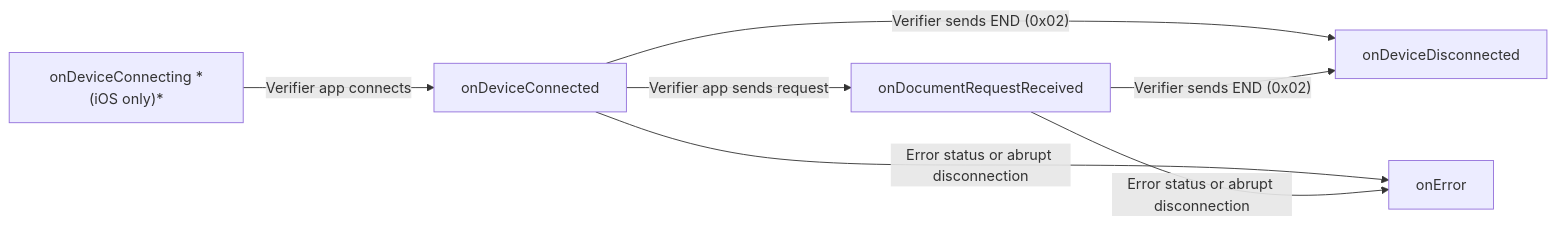
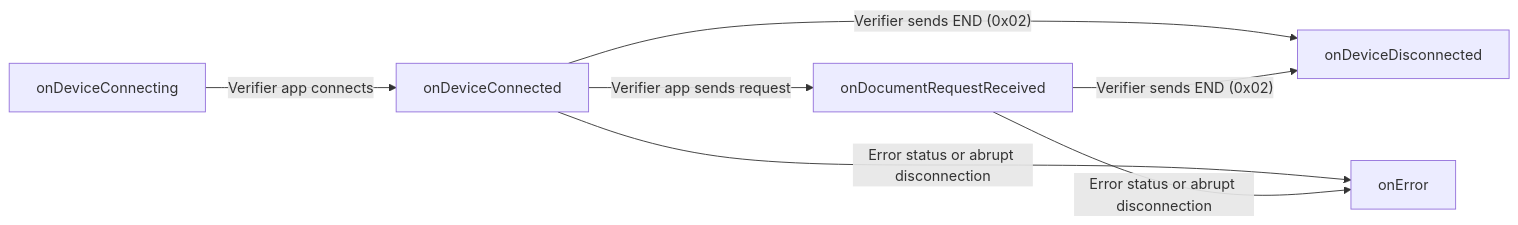
Before and after one commit to pagopa/io-react-native-iso18013: the first of 2 diagrams in src/iso18013/iso18013-5/README.md, drawn with Mermaid. The commit also changed other lines of this file and 8 other files, not shown here.

````diff
--- a/src/iso18013/iso18013-5/README.md
+++ b/src/iso18013/iso18013-5/README.md
@@ -69,17 +69,17 @@
 ```mermaid
 flowchart LR
-    onDeviceConnecting["onDeviceConnecting *(iOS only)*"]
+    onDeviceConnecting["onDeviceConnecting"]
     onDeviceConnected["onDeviceConnected"]
     onDocumentRequestReceived["onDocumentRequestReceived"]
     onDeviceDisconnected["onDeviceDisconnected"]
     onError["onError"]
 
     onDeviceConnecting -- "Verifier app connects" --> onDeviceConnected
 
     onDeviceConnected -- "Verifier app sends request" --> onDocumentRequestReceived
     onDeviceConnected -- "Verifier sends END (0x02)" --> onDeviceDisconnected
     onDeviceConnected -- "Error status or abrupt disconnection" --> onError
 
     onDocumentRequestReceived -- "Verifier sends END (0x02)" --> onDeviceDisconnected
     onDocumentRequestReceived -- "Error status or abrupt disconnection" --> onError
 ```
````
